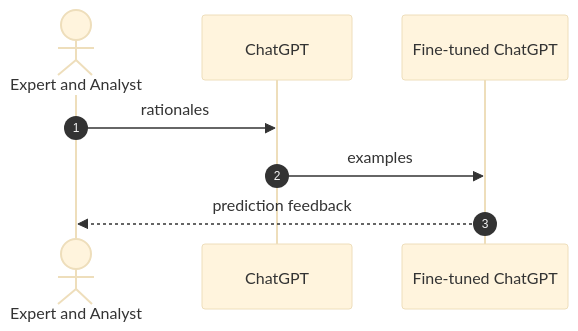
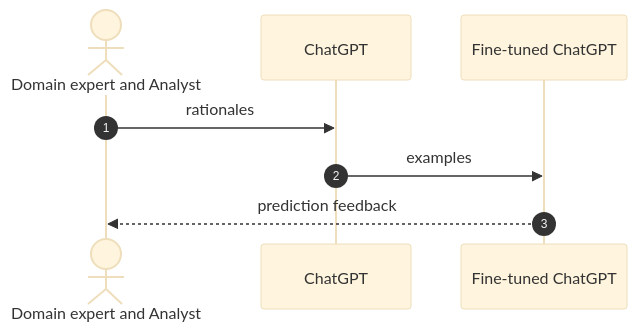
The second of 2 diagrams in tune-chatgpt/README.md (borisdev/research), drawn with Mermaid (base theme) before and after one commit. The commit also changed other lines of this file, not shown here.

Commit message:
better sequence diagram

````diff
--- a/tune-chatgpt/README.md
+++ b/tune-chatgpt/README.md
@@ -53,10 +56,10 @@
 ```mermaid
 sequenceDiagram
     autonumber
-    actor E as Expert and Analyst
+    actor E as Domain expert and Analyst
     participant LLM as ChatGPT
     participant M as Fine-tuned ChatGPT
     E->>LLM: rationales
     LLM->>M: examples
     M-->>E: prediction feedback
 ```
````
